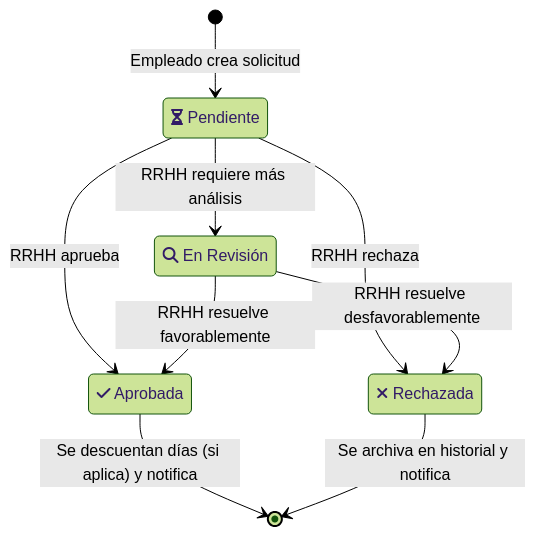
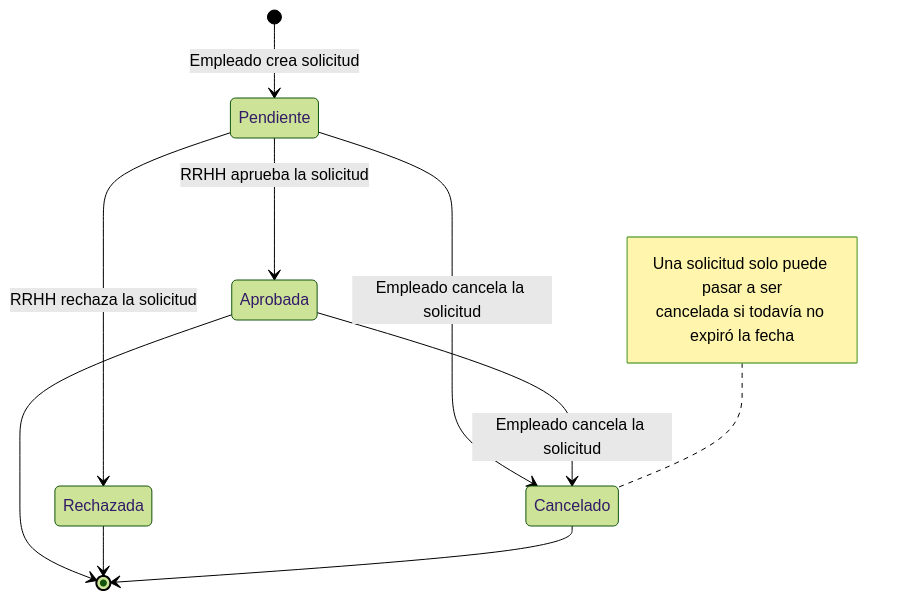
Before and after one commit to martinstanicio/humanresourcesdelta: the diagram in docs/diagrams/state-leave-request.mmd, drawn with Mermaid (forest theme). The commit also changed 31 other files, not shown here.

Commit message:
actualizar documentación y diagramas con todas las correcciones del proyecto

```diff
--- a/docs/diagrams/state-leave-request.mmd
+++ b/docs/diagrams/state-leave-request.mmd
@@ -1,17 +1,14 @@
 stateDiagram-v2
-    state "fa:fa-hourglass-half Pendiente" as Pendiente
-    state "fa:fa-search En Revisión" as EnRevision
-    state "fa:fa-check Aprobada" as Aprobada
-    state "fa:fa-times Rechazada" as Rechazada
+    [*] --> Pendiente: Empleado crea solicitud
+    Pendiente --> Aprobada : RRHH aprueba la solicitud
+    Pendiente --> Rechazada : RRHH rechaza la solicitud
+    Pendiente --> Cancelado : Empleado cancela la solicitud
+    Aprobada --> Cancelado : Empleado cancela la solicitud
+    Aprobada --> [*]
+    Rechazada --> [*]
+    Cancelado --> [*]
 
-    [*] --> Pendiente : Empleado crea solicitud
-
-    Pendiente --> Aprobada : RRHH aprueba
-    Pendiente --> Rechazada : RRHH rechaza
-    Pendiente --> EnRevision : RRHH requiere más análisis
-
-    EnRevision --> Aprobada : RRHH resuelve favorablemente
-    EnRevision --> Rechazada : RRHH resuelve desfavorablemente
-
-    Aprobada --> [*] : Se descuentan días (si aplica) y notifica
-    Rechazada --> [*] : Se archiva en historial y notifica
+    note left of Cancelado
+        Una solicitud solo puede pasar a ser
+        cancelada si todavía no expiró la fecha
+    end note
```
